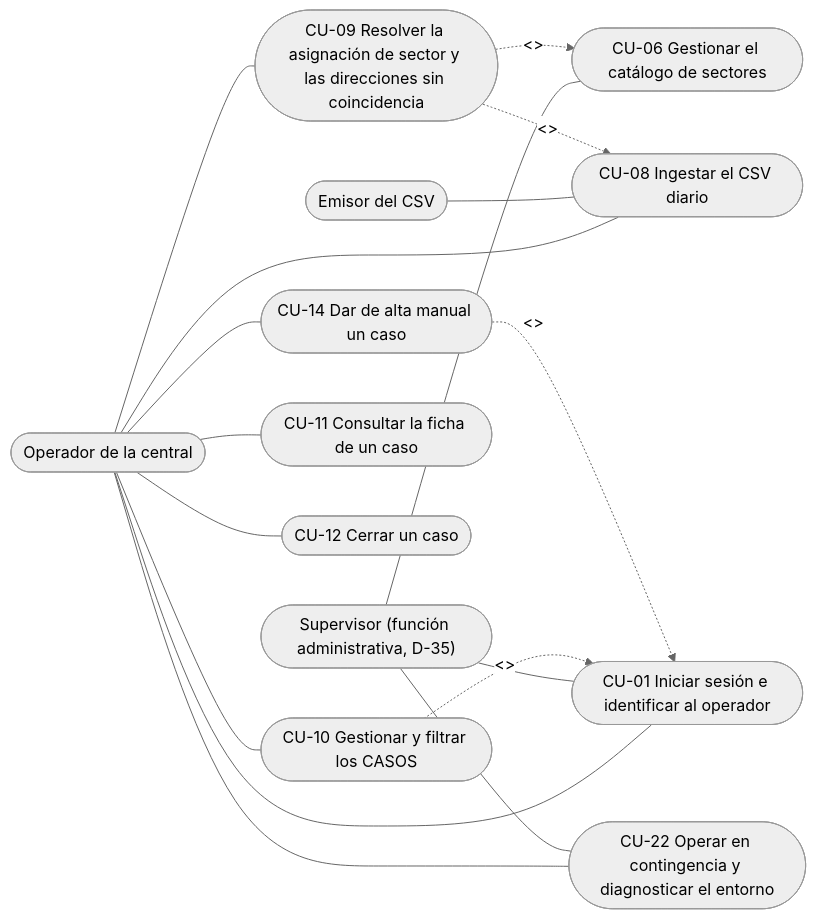
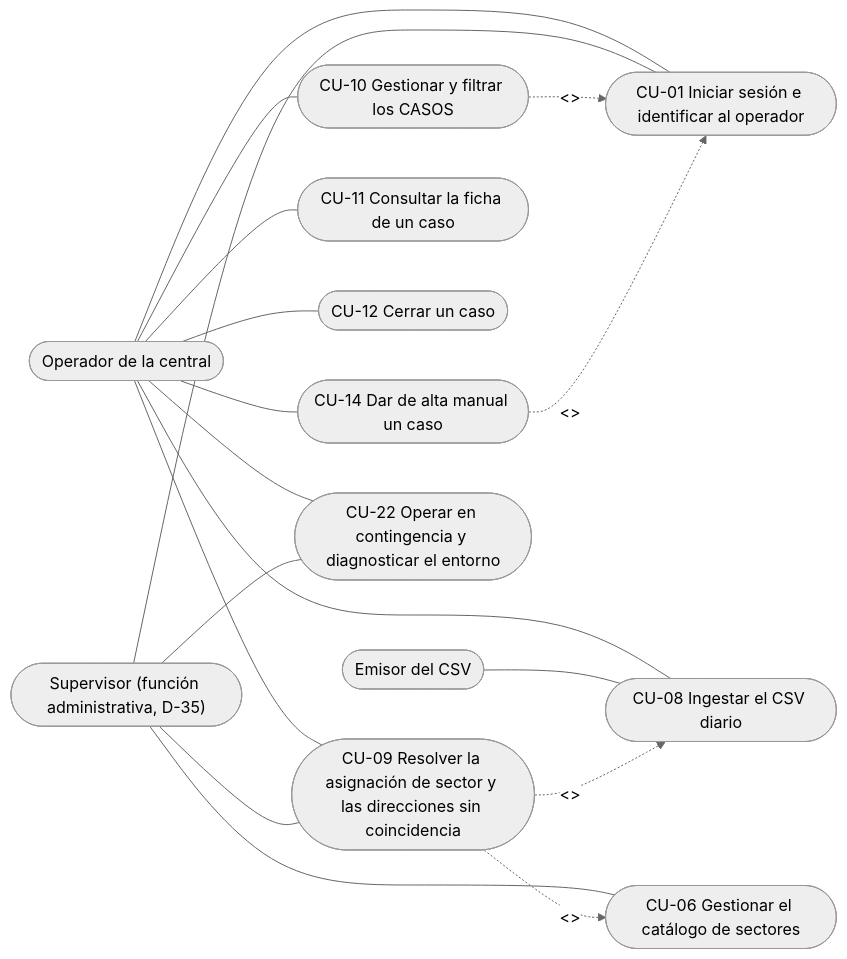
The second of 8 diagrams in RepoTecnico/casos_uso/diagramas.md (anlucorporations/GGTO), drawn with Mermaid (neutral theme) before and after one commit. The commit also changed other lines of this file and 20 other files, not shown here.

````diff
--- a/RepoTecnico/casos_uso/diagramas.md
+++ b/RepoTecnico/casos_uso/diagramas.md
@@ -126,35 +131,36 @@
 ```mermaid
 flowchart LR
     OPE(["Operador de la central"])
     SUP(["Supervisor (función administrativa, D-35)"])
     EMI(["Emisor del CSV"])
 
     CU01([CU-01 Iniciar sesión e identificar al operador])
     CU08([CU-08 Ingestar el CSV diario])
     CU09([CU-09 Resolver la asignación de sector y las direcciones sin coincidencia])
     CU10([CU-10 Gestionar y filtrar los CASOS])
     CU11([CU-11 Consultar la ficha de un caso])
     CU12([CU-12 Cerrar un caso])
     CU14([CU-14 Dar de alta manual un caso])
     CU22([CU-22 Operar en contingencia y diagnosticar el entorno])
     CU06([CU-06 Gestionar el catálogo de sectores])
 
     OPE --- CU01
     OPE --- CU08
     OPE --- CU09
     OPE --- CU10
     OPE --- CU11
     OPE --- CU12
     OPE --- CU14
     OPE --- CU22
 
     EMI --- CU08
     SUP --- CU01
     SUP --- CU22
     SUP --- CU06
+    SUP --- CU09
 
     CU10 -.->|"<<include>>"| CU01
     CU14 -.->|"<<include>>"| CU01
     CU09 -.->|"<<include>>"| CU06
     CU09 -.->|"<<extend>>"| CU08
 ```
````
